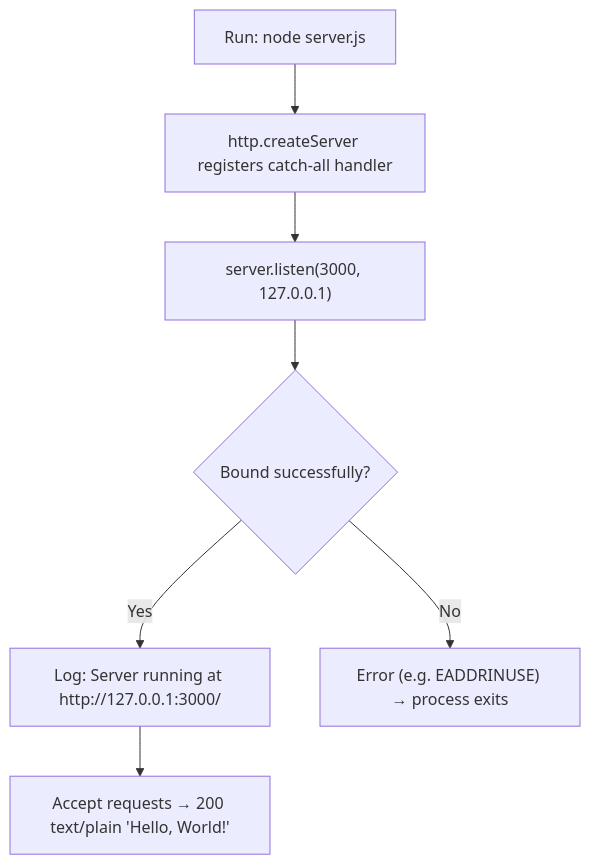
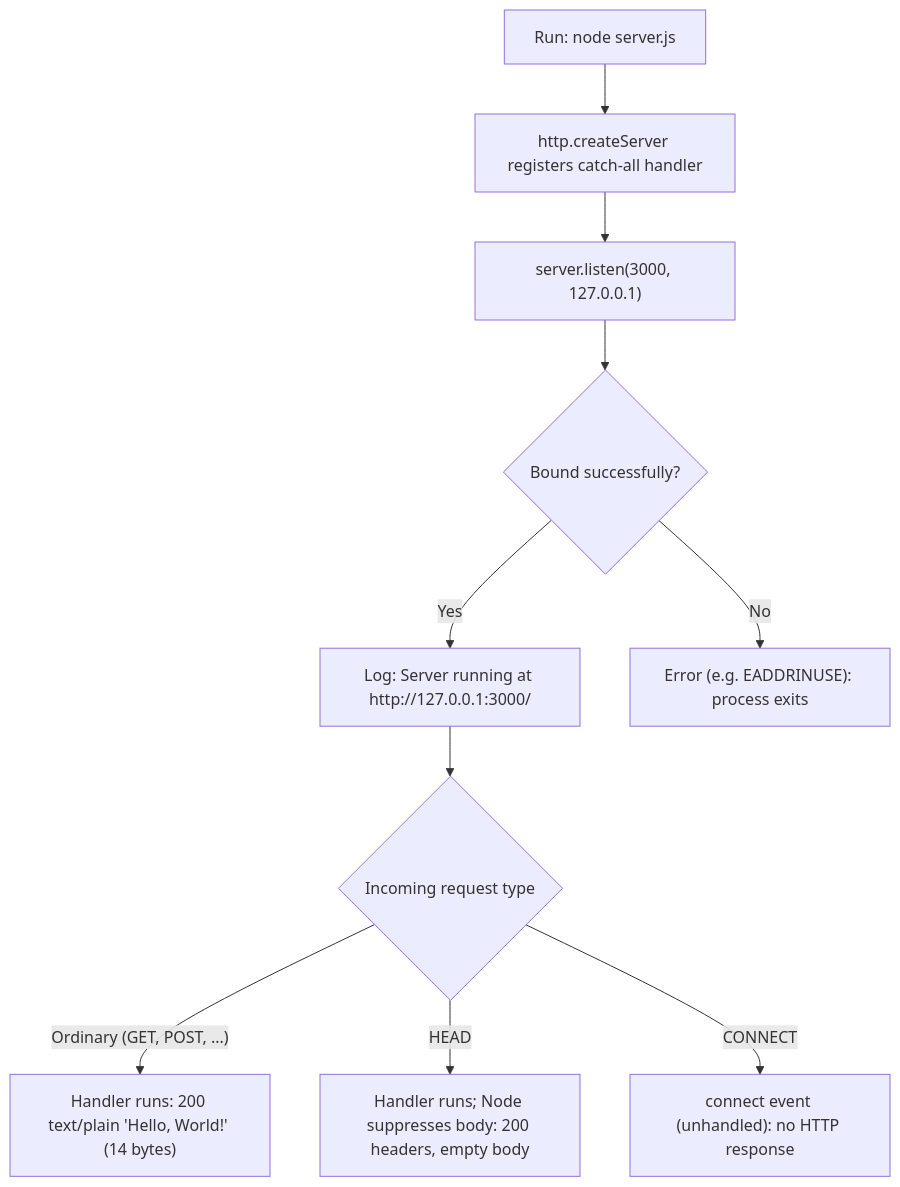
One commit to Sandeep01Kumar/existing-projects-qa-test-02-dec changed the second of 2 diagrams in README.md. Above: the diagram before and after it, drawn with Mermaid. The commit also changed other lines of this file, not shown here.

````diff
--- a/README.md
+++ b/README.md
@@ -178,9 +204,12 @@
 ```mermaid
 flowchart TD
     A["Run: node server.js"] --> B["http.createServer registers catch-all handler"]
     B --> C["server.listen(3000, 127.0.0.1)"]
     C --> D{"Bound successfully?"}
-    D -- Yes --> E["Log: Server running at http://127.0.0.1:3000/"]
-    E --> F["Accept requests → 200 text/plain 'Hello, World!'"]
-    D -- No --> G["Error (e.g. EADDRINUSE) → process exits"]
+    D -->|Yes| E["Log: Server running at http://127.0.0.1:3000/"]
+    E --> F{"Incoming request type"}
+    F -->|"Ordinary (GET, POST, ...)"| G["Handler runs: 200 text/plain 'Hello, World!' (14 bytes)"]
+    F -->|HEAD| H["Handler runs; Node suppresses body: 200 headers, empty body"]
+    F -->|CONNECT| I["connect event (unhandled): no HTTP response"]
+    D -->|No| J["Error (e.g. EADDRINUSE): process exits"]
 ```
````
